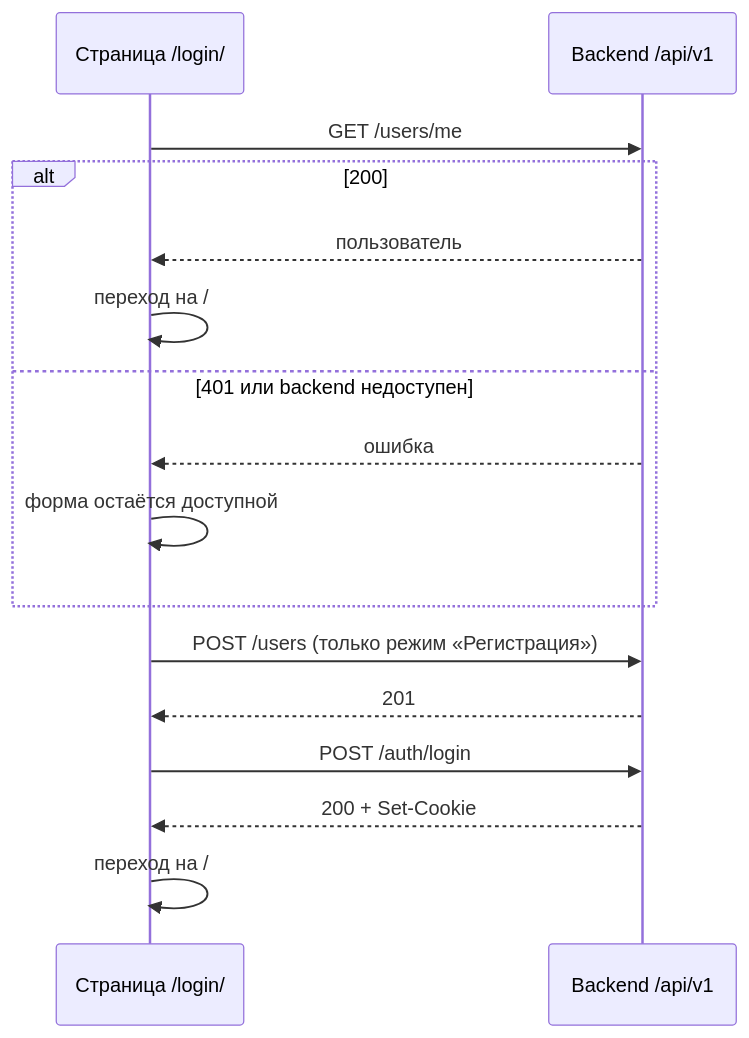
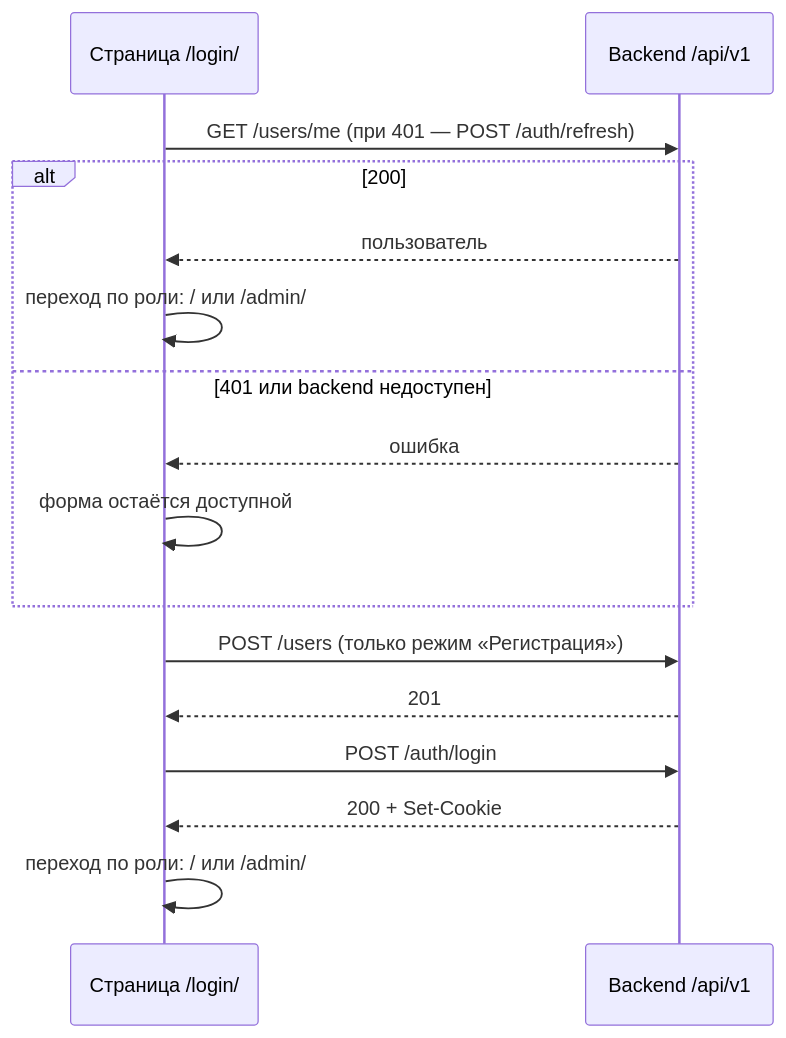
One commit to Nisakoo/BMSTU-NIRS changed the second of 2 diagrams in docs/auth.md. Above: the diagram before and after it, drawn with Mermaid. The commit also changed other lines of this file and 59 other files, not shown here.

First line of the commit message:
feat(auth): protect dialog routes, add logout and admin user stats

````diff
--- a/docs/auth.md
+++ b/docs/auth.md
@@ -124,19 +194,19 @@
 ```mermaid
 sequenceDiagram
     participant Browser as Страница /login/
     participant API as Backend /api/v1
 
-    Browser->>API: GET /users/me
+    Browser->>API: GET /users/me (при 401 — POST /auth/refresh)
     alt 200
         API-->>Browser: пользователь
-        Browser->>Browser: переход на /
+        Browser->>Browser: переход по роли: / или /admin/
     else 401 или backend недоступен
         API-->>Browser: ошибка
         Browser->>Browser: форма остаётся доступной
     end
     Browser->>API: POST /users (только режим «Регистрация»)
     API-->>Browser: 201
     Browser->>API: POST /auth/login
     API-->>Browser: 200 + Set-Cookie
-    Browser->>Browser: переход на /
+    Browser->>Browser: переход по роли: / или /admin/
 ```
````
